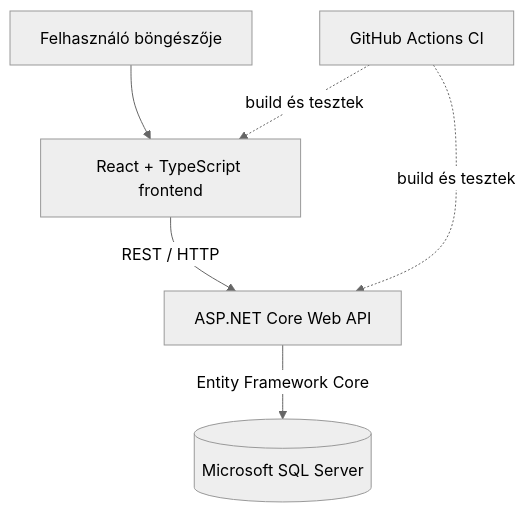
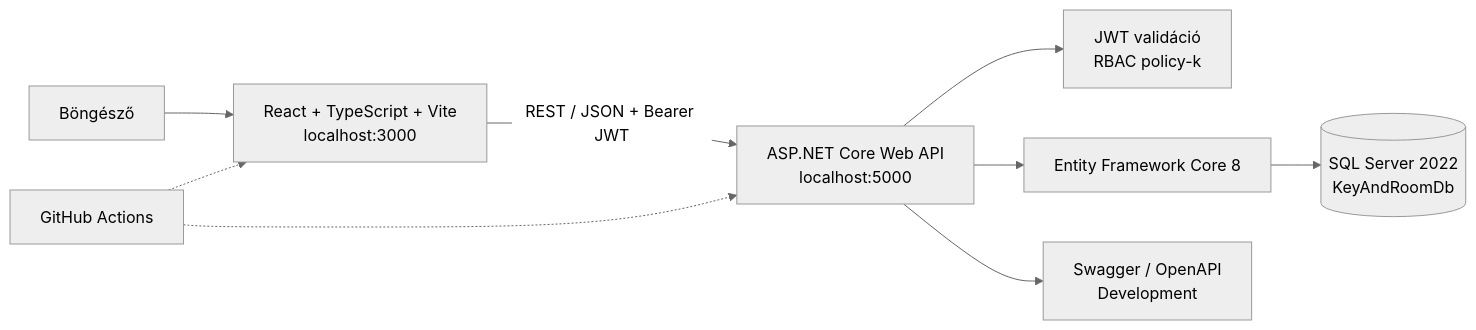
The first of 3 diagrams in README.md (CsKitti24/ProjektLabor), drawn with Mermaid (neutral theme) before and after one commit. The commit also changed other lines of this file and 1 other file, not shown here.

````diff
--- a/README.md
+++ b/README.md
@@ -16,8 +28,11 @@
 ```mermaid
-flowchart TD
-    U[Felhasználó böngészője] --> FE[React + TypeScript frontend]
-    FE -->|REST / HTTP| API[ASP.NET Core Web API]
-    API -->|Entity Framework Core| DB[(Microsoft SQL Server)]
-    CI[GitHub Actions CI] -. build és tesztek .-> FE
-    CI -. build és tesztek .-> API
+flowchart LR
+    Browser["Böngésző"] --> Frontend["React + TypeScript + Vite<br/>localhost:3000"]
+    Frontend -->|REST / JSON + Bearer JWT| API["ASP.NET Core Web API<br/>localhost:5000"]
+    API --> Auth["JWT validáció<br/>RBAC policy-k"]
+    API --> EF["Entity Framework Core 8"]
+    EF --> DB[("SQL Server 2022<br/>KeyAndRoomDb")]
+    API --> Swagger["Swagger / OpenAPI<br/>Development"]
+    CI["GitHub Actions"] -.-> API
+    CI -.-> Frontend
 ```
````
